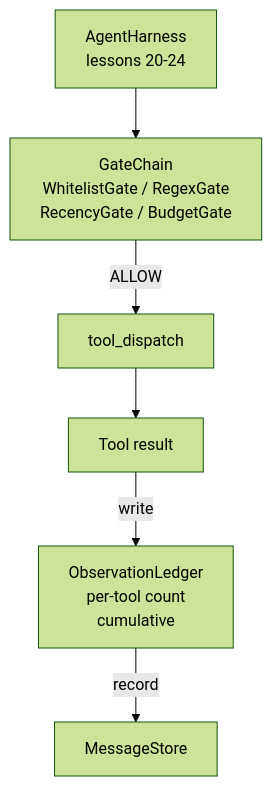
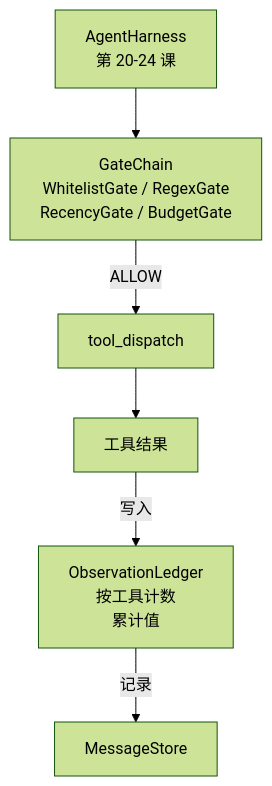
One commit to alessandrodinisio-ai/ai-engineering-learning-framework changed the second of 2 diagrams in phases/19-capstone-projects/25-verification-gates-observation-budget/docs/zh.md. Above: the diagram before and after it, drawn with Mermaid (forest theme). The commit also changed other lines of this file and 120 other files, not shown here.

First line of the commit message:
i18n(mermaid): 337 个 mermaid 图表标签中文化

````diff
--- a/phases/19-capstone-projects/25-verification-gates-observation-budget/docs/zh.md
+++ b/phases/19-capstone-projects/25-verification-gates-observation-budget/docs/zh.md
@@ -55,8 +55,8 @@
 ```mermaid
 flowchart TD
-  Harness[AgentHarness<br/>lessons 20-24] --> Chain[GateChain<br/>WhitelistGate / RegexGate<br/>RecencyGate / BudgetGate]
+  Harness[AgentHarness<br/>第 20-24 课] --> Chain[GateChain<br/>WhitelistGate / RegexGate<br/>RecencyGate / BudgetGate]
   Chain -->|ALLOW| Dispatch[tool_dispatch]
-  Dispatch --> Result[Tool result]
-  Result -->|write| Ledger[ObservationLedger<br/>per-tool count<br/>cumulative]
-  Ledger -->|record| Store[MessageStore]
+  Dispatch --> Result[工具结果]
+  Result -->|写入| Ledger[ObservationLedger<br/>按工具计数<br/>累计值]
+  Ledger -->|记录| Store[MessageStore]
 ```
````
